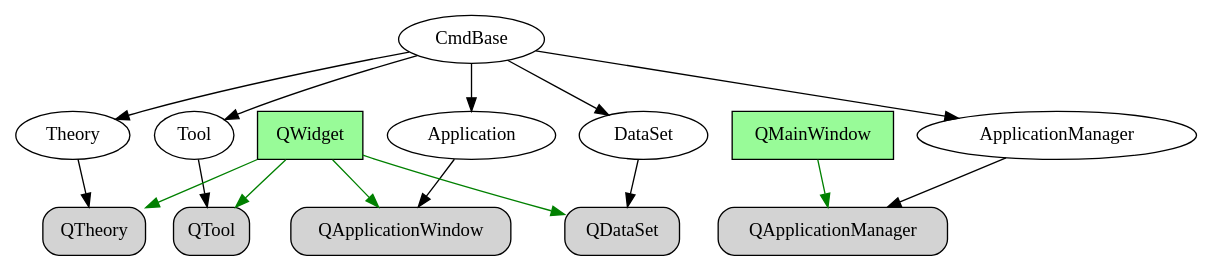
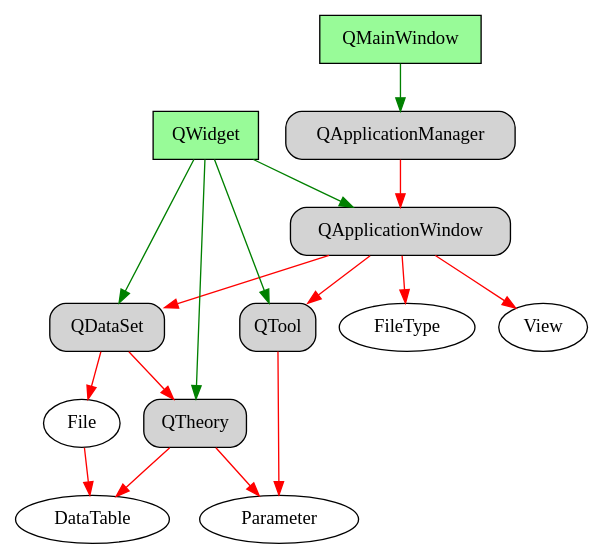
The first of 2 diagrams in docs/source/developers/callgraphGUI.rst (jorge-ramirez-upm/RepTate), drawn with Graphviz before and after one commit. The commit also changed other lines of this file and 56 other files, not shown here.

```diff
--- a/docs/source/developers/callgraphGUI.rst
+++ b/docs/source/developers/callgraphGUI.rst
@@ -21,32 +23,32 @@
 .. graphviz::
 
    digraph foo {
-      "CmdBase" [href="../developers/CodeCoreCL.html#cmdbase", target="_top"]
-      "Application" [href="../developers/CodeCoreCL.html#application", target="_top"]
-      "ApplicationManager" [href="../developers/CodeCoreCL.html#applicationmanager", target="_top"]
-      "DataSet" [href="../developers/CodeCoreCL.html#dataset", target="_top"]
-      "Theory" [href="../developers/CodeCoreCL.html#theory", target="_top"]
-      "Tool" [href="../developers/CodeCoreCL.html#tool", target="_top"]
-      "CmdBase" -> "Application";
-      "CmdBase" -> "ApplicationManager";
-      "CmdBase" -> "DataSet";
-      "CmdBase" -> "Theory";
-      "CmdBase" -> "Tool";
       "QApplicationWindow" [href="../developers/CodeCoreGUI.html#qapplicationwindow", target="_top", shape="box", style="rounded,filled"]
       "QApplicationManager" [href="../developers/CodeCoreGUI.html#qapplicationmanager", target="_top", shape="box", style="rounded,filled"]
       "QDataSet" [href="../developers/CodeCoreGUI.html#qdataset", target="_top", shape="box", style="rounded,filled"]
       "QTheory" [href="../developers/CodeCoreGUI.html#qtheory", target="_top", shape="box", style="rounded,filled"]
       "QTool" [href="../developers/CodeCoreGUI.html#qtool", target="_top", shape="box", style="rounded,filled"]
-      "Application" -> "QApplicationWindow";
-      "ApplicationManager" -> "QApplicationManager";
-      "DataSet" -> "QDataSet";
-      "Theory" -> "QTheory";
-      "Tool" -> "QTool";
       "QWidget" [shape=box,fillcolor=palegreen,href="https://doc.qt.io/qt-5/qwidget.html", target="_top", style="filled"]
       "QMainWindow" [shape=box,fillcolor=palegreen,href="https://doc.qt.io/qt-5/qmainwindow.html", target="_top", style="filled"]
       "QWidget" -> "QApplicationWindow" [color=green];
       "QWidget" -> "QDataSet" [color=green];
       "QWidget" -> "QTheory" [color=green];
       "QWidget" -> "QTool" [color=green];
       "QMainWindow" -> "QApplicationManager" [color=green];
+      "QApplicationManager" -> "QApplicationWindow" [color=red];
+      "QApplicationWindow" -> "QDataSet" [color=red];
+      "QApplicationWindow" -> "QTool" [color=red];
+      "QDataSet" -> "QTheory" [color=red];
+      "View" [href="../developers/CodeCoreCL.html#view", target="_top"]
+      "FileType" [href="../developers/CodeCoreCL.html#filetype", target="_top"]
+      "QApplicationWindow" -> "View" [color=red];
+      "QApplicationWindow" -> "FileType" [color=red];
+      "File" [href="../developers/CodeCoreCL.html#file", target="_top"]
+      "QDataSet" -> "File" [color=red];
+      "DataTable" [href="../developers/CodeCoreCL.html#datatable", target="_top"]
+      "File" -> "DataTable" [color=red];
+      "Parameter" [href="../developers/CodeCoreCL.html#parameter", target="_top"]
+      "QTheory" -> "Parameter" [color=red];
+      "QTool" -> "Parameter" [color=red];
+      "QTheory" -> "DataTable" [color=red];
    }
```
